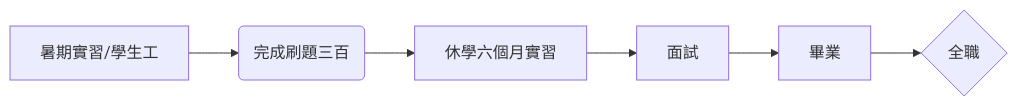
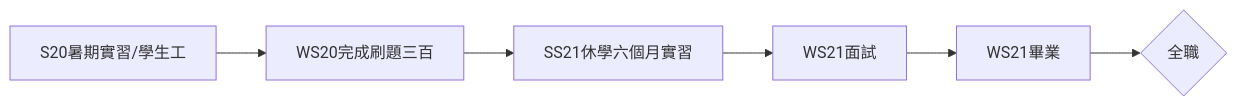
The diagram in README.md (kuangyu0801/kuangyu0801.github.io), drawn with Mermaid before and after one commit. The commit also changed other lines of this file, not shown here.

````diff
--- a/README.md
+++ b/README.md
@@ -55,8 +55,8 @@
 ```mermaid
 graph LR
-A[暑期實習/學生工]  --> B(完成刷題三百)
-B --> C[休學六個月實習]
-C --> D[面試]
-D --> E[畢業]
+A[S20暑期實習/學生工]  --> B[WS20完成刷題三百]
+B --> C[SS21休學六個月實習]
+C --> D[WS21面試]
+D --> E[WS21畢業]
 E --> F{全職}
 ```
````
